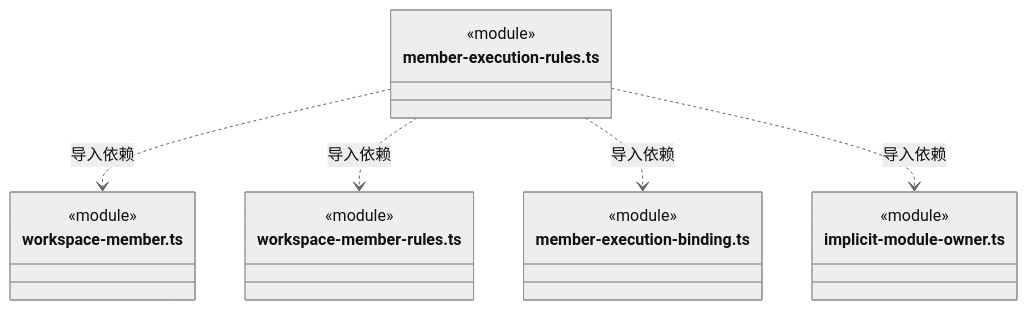
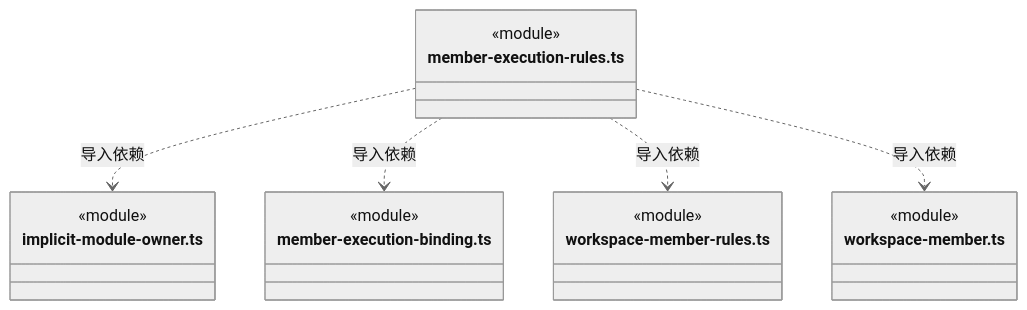
Diagram 32 of 34 in src/logic/team/rules/ARCHITECTURE.md (nan023062/cbim), drawn with Mermaid (neutral theme) before and after one commit. The commit also changed other lines of this file and 112 other files, not shown here.

Commit message:
docs: align source architecture with current declarations and contracts

````diff
--- a/src/logic/team/rules/ARCHITECTURE.md
+++ b/src/logic/team/rules/ARCHITECTURE.md
@@ -1040,22 +1041,22 @@
 ```mermaid
 classDiagram
 class N_src_logic_team_rules_member_execution_rules_ts["member-execution-rules.ts"] {
   <<module>>
 }
-class N_src_logic_team_rules_workspace_member_ts["workspace-member.ts"] {
+class N_src_logic_team_rules_implicit_module_owner_ts["implicit-module-owner.ts"] {
+  <<module>>
+}
+class N_src_logic_team_rules_member_execution_binding_ts["member-execution-binding.ts"] {
   <<module>>
 }
 class N_src_logic_team_rules_workspace_member_rules_ts["workspace-member-rules.ts"] {
   <<module>>
 }
-class N_src_logic_team_rules_member_execution_binding_ts["member-execution-binding.ts"] {
+class N_src_logic_team_rules_workspace_member_ts["workspace-member.ts"] {
   <<module>>
 }
-class N_src_logic_team_rules_implicit_module_owner_ts["implicit-module-owner.ts"] {
-  <<module>>
-}
+N_src_logic_team_rules_member_execution_rules_ts ..> N_src_logic_team_rules_implicit_module_owner_ts : 导入依赖
+N_src_logic_team_rules_member_execution_rules_ts ..> N_src_logic_team_rules_member_execution_binding_ts : 导入依赖
+N_src_logic_team_rules_member_execution_rules_ts ..> N_src_logic_team_rules_workspace_member_rules_ts : 导入依赖
 N_src_logic_team_rules_member_execution_rules_ts ..> N_src_logic_team_rules_workspace_member_ts : 导入依赖
-N_src_logic_team_rules_member_execution_rules_ts ..> N_src_logic_team_rules_workspace_member_rules_ts : 导入依赖
-N_src_logic_team_rules_member_execution_rules_ts ..> N_src_logic_team_rules_member_execution_binding_ts : 导入依赖
-N_src_logic_team_rules_member_execution_rules_ts ..> N_src_logic_team_rules_implicit_module_owner_ts : 导入依赖
 ```
````
